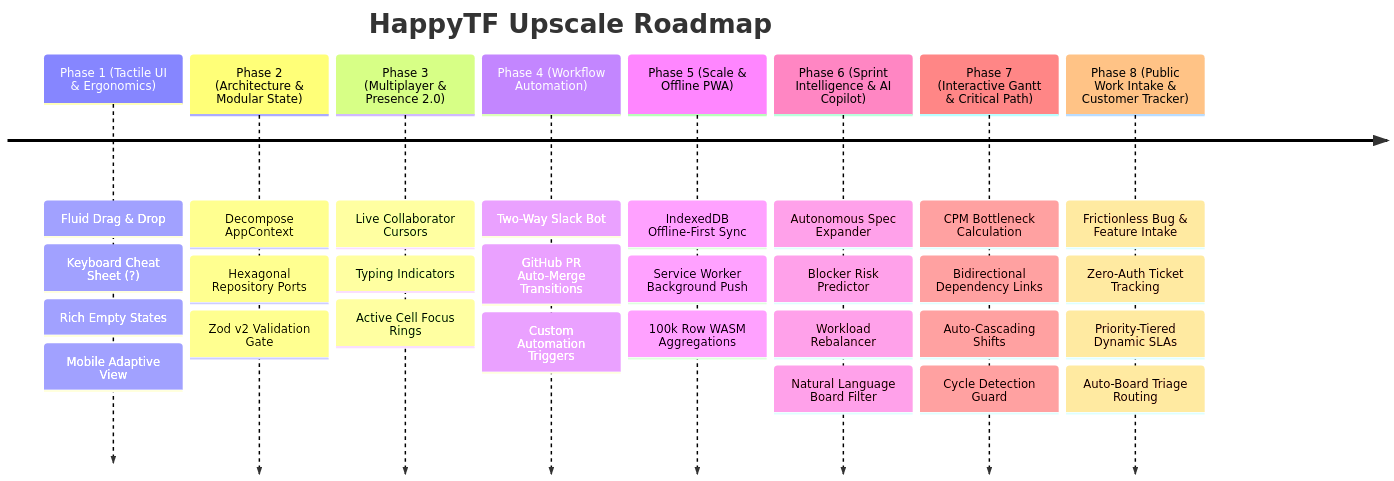
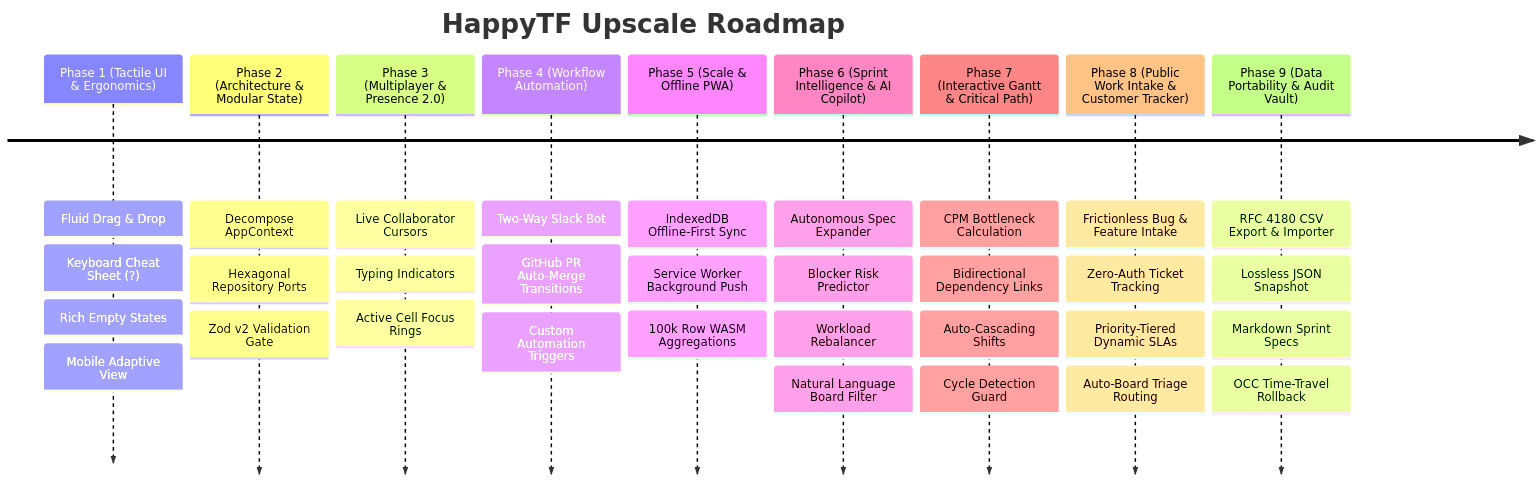
The diagram in UPSCALE.md (Realwaan/HappyTF), drawn with Mermaid before and after one commit. The commit also changed other lines of this file and 8 other files, not shown here.

Commit message:
feat(export): implement Phase 9 enterprise data portability, audit trail and rollback vault

````diff
--- a/UPSCALE.md
+++ b/UPSCALE.md
@@ -14,12 +14,13 @@
 ```mermaid
 timeline
     title HappyTF Upscale Roadmap
     Phase 1 (Tactile UI & Ergonomics) : Fluid Drag & Drop : Keyboard Cheat Sheet (?) : Rich Empty States : Mobile Adaptive View
     Phase 2 (Architecture & Modular State) : Decompose AppContext : Hexagonal Repository Ports : Zod v2 Validation Gate
     Phase 3 (Multiplayer & Presence 2.0) : Live Collaborator Cursors : Typing Indicators : Active Cell Focus Rings
     Phase 4 (Workflow Automation) : Two-Way Slack Bot : GitHub PR Auto-Merge Transitions : Custom Automation Triggers
     Phase 5 (Scale & Offline PWA) : IndexedDB Offline-First Sync : Service Worker Background Push : 100k Row WASM Aggregations
     Phase 6 (Sprint Intelligence & AI Copilot) : Autonomous Spec Expander : Blocker Risk Predictor : Workload Rebalancer : Natural Language Board Filter
     Phase 7 (Interactive Gantt & Critical Path) : CPM Bottleneck Calculation : Bidirectional Dependency Links : Auto-Cascading Shifts : Cycle Detection Guard
     Phase 8 (Public Work Intake & Customer Tracker) : Frictionless Bug & Feature Intake : Zero-Auth Ticket Tracking : Priority-Tiered Dynamic SLAs : Auto-Board Triage Routing
+    Phase 9 (Data Portability & Audit Vault) : RFC 4180 CSV Export & Importer : Lossless JSON Snapshot : Markdown Sprint Specs : OCC Time-Travel Rollback
 ```
````
